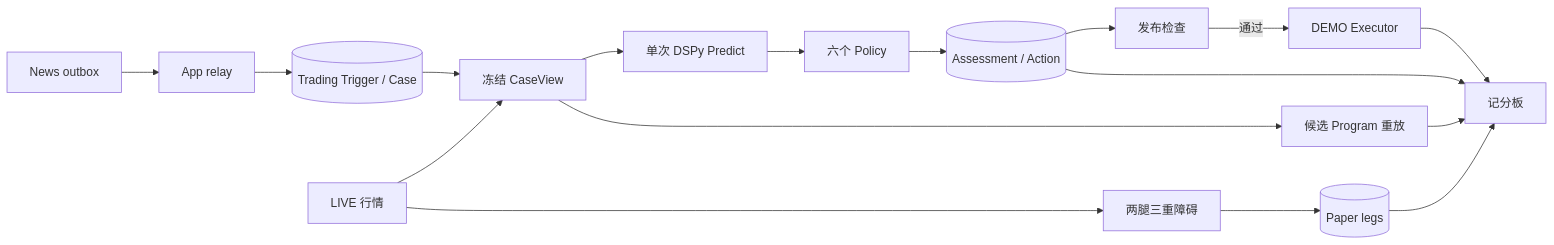
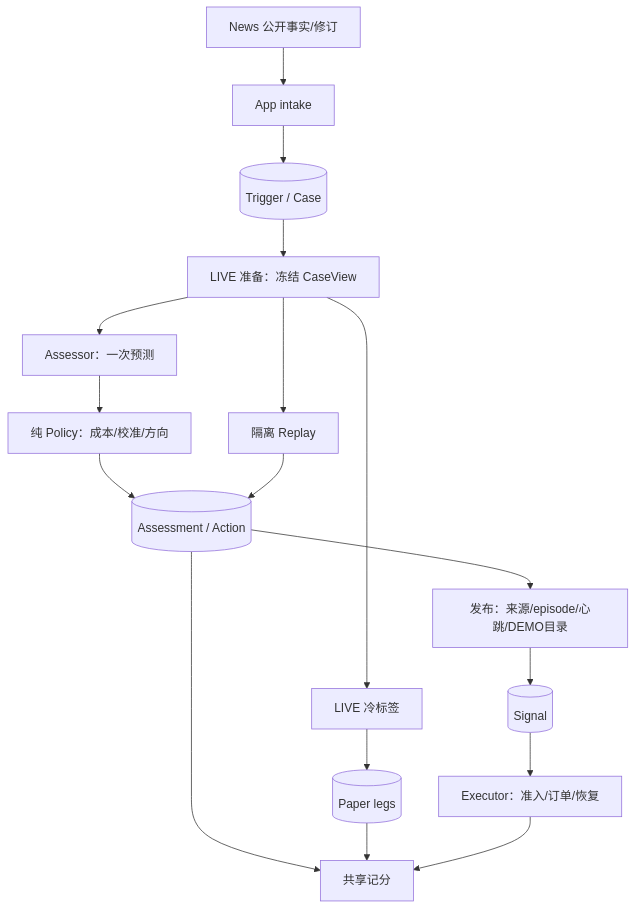
The diagram in docs/modules/trading.md (AnalyThothAI/tracefold), drawn with Mermaid before and after one commit. The commit also changed other lines of this file and 80 other files, not shown here.

````diff
--- a/docs/modules/trading.md
+++ b/docs/modules/trading.md
@@ -7,19 +11,21 @@
 ```mermaid
-flowchart LR
-  N[News outbox] --> R[App relay]
-  R --> T[(Trading Trigger / Case)]
-  L[LIVE 行情] --> V[冻结 CaseView]
-  T --> V
-  V --> A[单次 DSPy Predict]
-  A --> P[六个 Policy]
-  P --> D[(Assessment / Action)]
-  D --> S[发布检查]
-  S -->|通过| E[DEMO Executor]
-  L --> B[两腿三重障碍]
-  B --> F[(Paper legs)]
-  D --> Q[记分板]
-  F --> Q
+flowchart TB
+  accTitle: Trading 从公开事实到预测、执行和评估
+  accDescr: App 映射公开事实，LIVE 输入冻结后产生不可变评估与策略。发布进入 DEMO 执行；纸面冷标签和隔离重放进入同一记分构造器，各持久化边界独立提交。
+  N["News 公开事实/修订"] --> I["App intake"]
+  I --> C[("Trigger / Case")]
+  C --> V["LIVE 准备：冻结 CaseView"]
+  V --> A["Assessor：一次预测"]
+  A --> P["纯 Policy：成本/校准/方向"]
+  P --> D[("Assessment / Action")]
+  D --> G["发布：来源/episode/心跳/DEMO目录"]
+  G --> S[("Signal")]
+  S --> E["Executor：准入/订单/恢复"]
+  V --> L["LIVE 冷标签"]
+  L --> B[("Paper legs")]
+  D --> Q["共享记分"]
+  B --> Q
   E --> Q
-  V --> X[候选 Program 重放]
-  X --> Q
+  V --> R["隔离 Replay"]
+  R --> D
 ```
````
